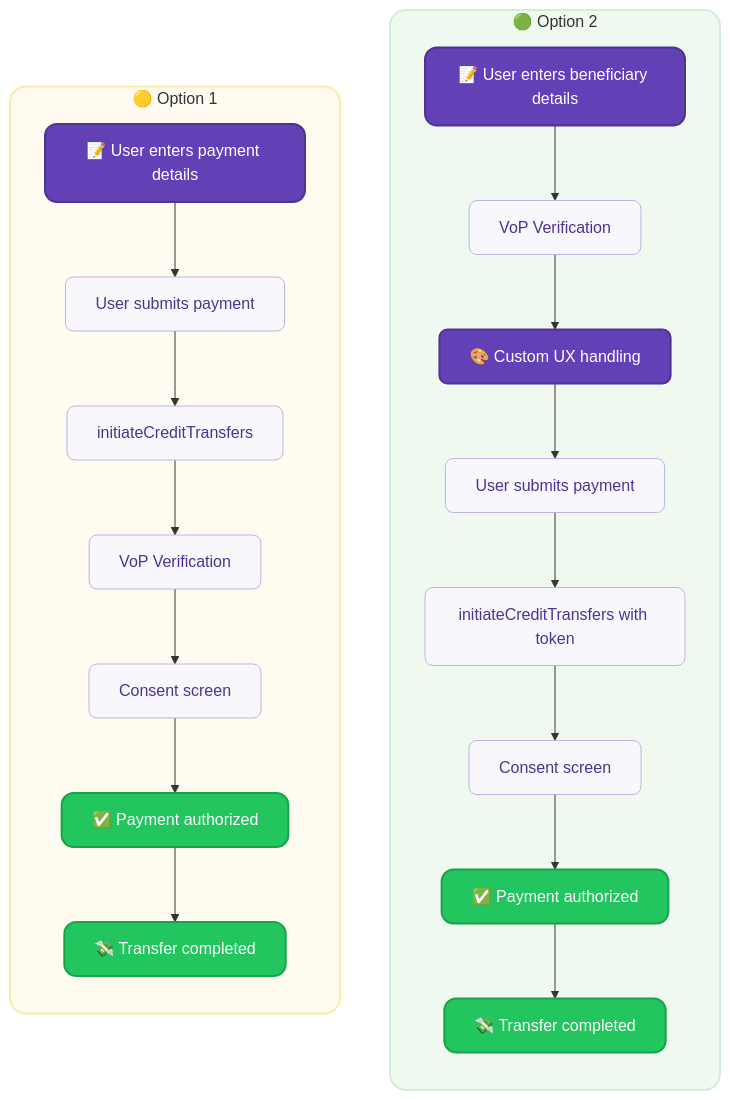
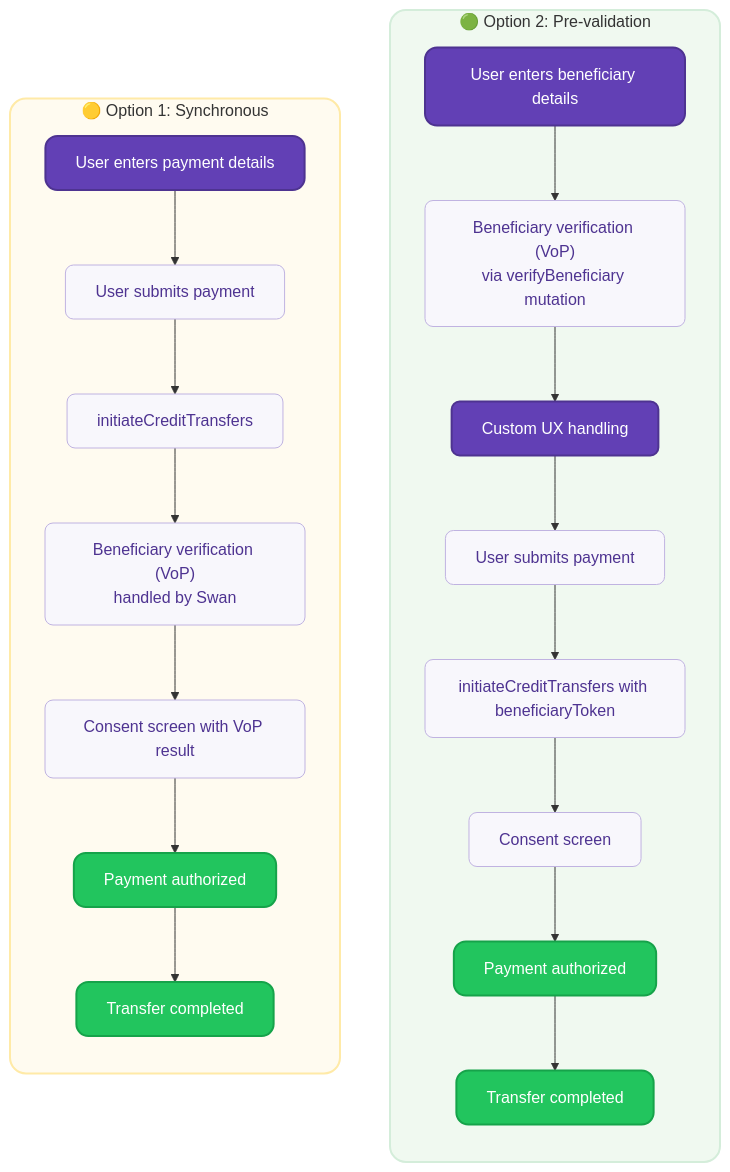
One commit to swan-io/docs changed the first of 2 diagrams in docs/topics/payments/credit-transfers/sepa/verification-of-payee.mdx. Above: the diagram before and after it, drawn with Mermaid. The commit also changed other lines of this file, not shown here.

````diff
--- a/docs/topics/payments/credit-transfers/sepa/verification-of-payee.mdx
+++ b/docs/topics/payments/credit-transfers/sepa/verification-of-payee.mdx
@@ -91,50 +181,49 @@
 ```mermaid
 flowchart TD
-    subgraph Option2 ["🟢 Option 2"]
+    subgraph Option2 ["🟢 Option 2: Pre-validation"]
         direction TB
-        A2["📝 User enters beneficiary details"] --> B2["VoP Verification"]
-        B2 --> C2["🎨 Custom UX handling"]
+        A2["User enters beneficiary details"] --> B2["Beneficiary verification (VoP)<br/>via verifyBeneficiary mutation"]
+        B2 --> C2["Custom UX handling"]
         C2 --> D2["User submits payment"]
-        D2 --> E2["initiateCreditTransfers with token"]
+        D2 --> E2["initiateCreditTransfers with beneficiaryToken"]
         E2 --> F2["Consent screen"]
-        F2 --> G2["✅ Payment authorized"]
-        G2 --> H2["💸 Transfer completed"]
+        F2 --> G2["Payment authorized"]
+        G2 --> H2["Transfer completed"]
     end
 
-    subgraph Option1 ["🟡 Option 1"]
+    subgraph Option1 ["🟡 Option 1: Synchronous"]
         direction TB
-        A1["📝 User enters payment details"] --> B1["User submits payment"]
+        A1["User enters payment details"] --> B1["User submits payment"]
         B1 --> C1["initiateCreditTransfers"]
-        C1 --> D1["VoP Verification"]
-        D1 --> E1["Consent screen"]
-        E1 --> F1["✅ Payment authorized"]
-        F1 --> G1["💸 Transfer completed"]
+        C1 --> D1["Beneficiary verification (VoP)<br/>handled by Swan"]
+        D1 --> E1["Consent screen with VoP result"]
+        E1 --> F1["Payment authorized"]
+        F1 --> G1["Transfer completed"]
     end
     
     classDef default fill:#ffffff,stroke:#6240b5,stroke-width:1px,color:#271a48,rx:8,ry:8
     classDef input fill:#6240b5,stroke:#4e3391,stroke-width:2px,color:#ffffff,rx:12,ry:12
     classDef process fill:#f8f7fc,stroke:#c0b3e1,stroke-width:1px,color:#4e3391,rx:8,ry:8
     classDef success fill:#22c55e,stroke:#16a34a,stroke-width:2px,color:#ffffff,rx:12,ry:12
     classDef transfer fill:#22c55e,stroke:#16a34a,stroke-width:2px,color:#ffffff,rx:12,ry:12
     classDef custom fill:#6240b5,stroke:#4e3391,stroke-width:2px,color:#ffffff,rx:8,ry:8
     classDef invisible fill:transparent,stroke:transparent,color:transparent
     classDef subgraph1 fill:#fffbf0,stroke:#ffeaa7,stroke-width:2px,rx:16,ry:16
     classDef subgraph2 fill:#f0f9f0,stroke:#d4edda,stroke-width:2px,rx:16,ry:16
     
     %% Option 1 styling
     class A1 input
     class B1,C1,D1,E1 process
     class F1 success
     class G1 transfer
-    class H1,I1 invisible
     
     %% Option 2 styling
     class A2 input
     class B2,D2,E2,F2 process
     class C2 custom
     class G2 success
     class H2 transfer
     
     class Option1 subgraph1
     class Option2 subgraph2
 ```
````
